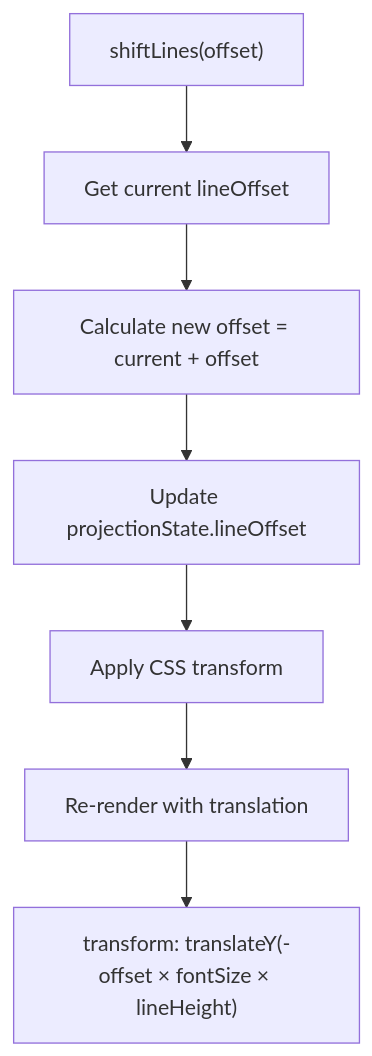
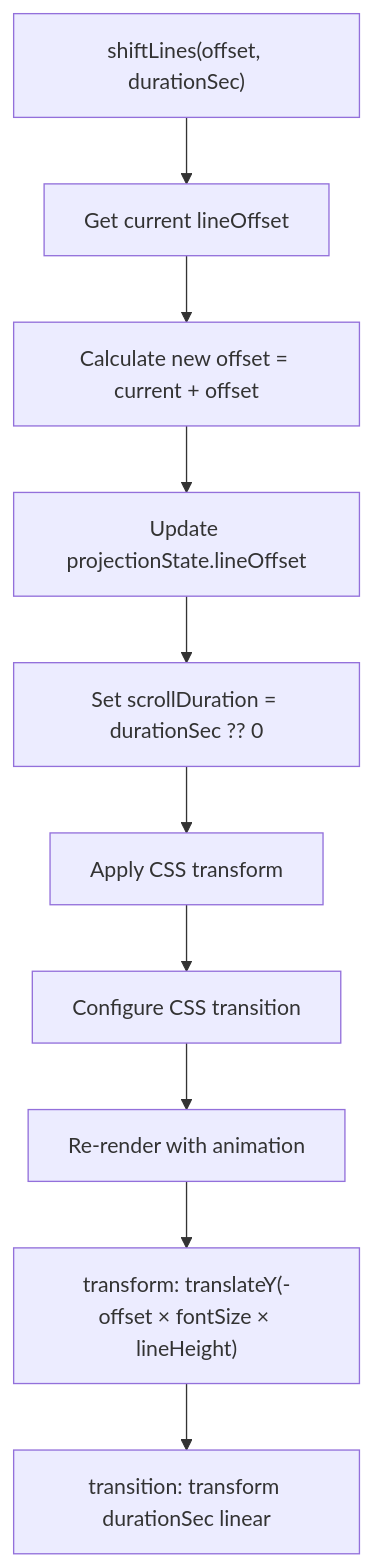
One commit to jimmywyk/lyricdeck changed the eighth of 9 diagrams in .qoder/repowiki/en/content/Architecture Overview/State Management Architecture/Projection Control Actions.md. Above: the diagram before and after it, drawn with Mermaid. The commit also changed other lines of this file and 8 other files, not shown here.

````diff
--- a/.qoder/repowiki/en/content/Architecture Overview/State Management Architecture/Projection Control Actions.md
+++ b/.qoder/repowiki/en/content/Architecture Overview/State Management Architecture/Projection Control Actions.md
@@ -393,10 +412,14 @@
 ```mermaid
 flowchart TD
-ShiftRequest["shiftLines(offset)"] --> GetCurrent["Get current lineOffset"]
+ShiftRequest["shiftLines(offset, durationSec)"] --> GetCurrent["Get current lineOffset"]
 GetCurrent --> Calculate["Calculate new offset = current + offset"]
 Calculate --> UpdateState["Update projectionState.lineOffset"]
-UpdateState --> ApplyTransform["Apply CSS transform"]
-ApplyTransform --> Render["Re-render with translation"]
+UpdateState --> SetDuration["Set scrollDuration = durationSec ?? 0"]
+SetDuration --> ApplyTransform["Apply CSS transform"]
+ApplyTransform --> ConfigureTransition["Configure CSS transition"]
+ConfigureTransition --> Render["Re-render with animation"]
 TransformCalc["transform: translateY(-offset × fontSize × lineHeight)"]
+TransitionConfig["transition: transform durationSec linear"]
 Render --> TransformCalc
+TransformCalc --> TransitionConfig
 ```
````
